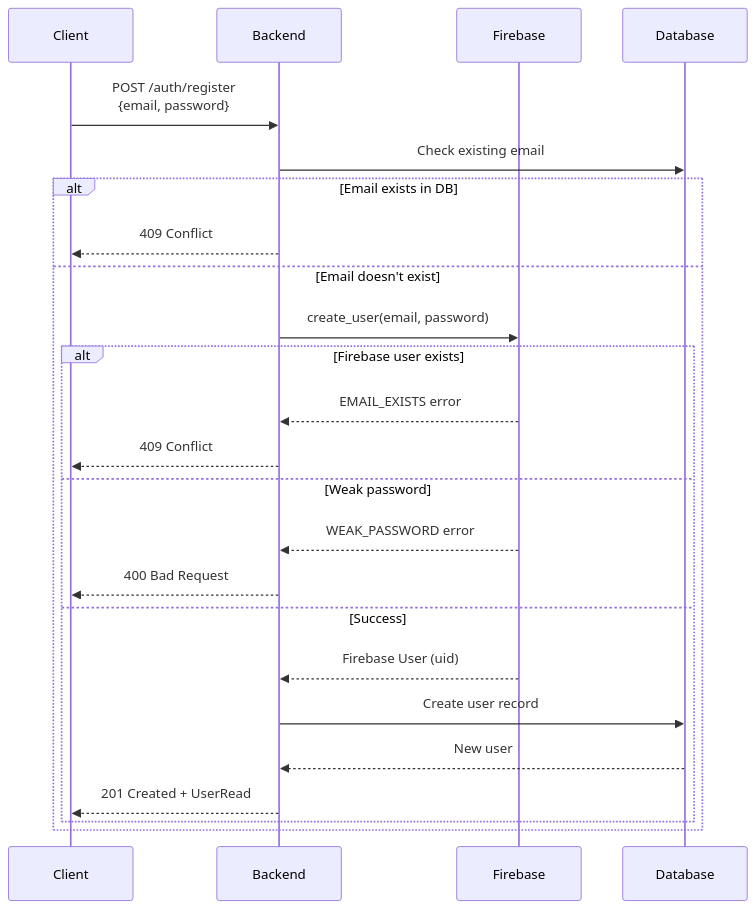
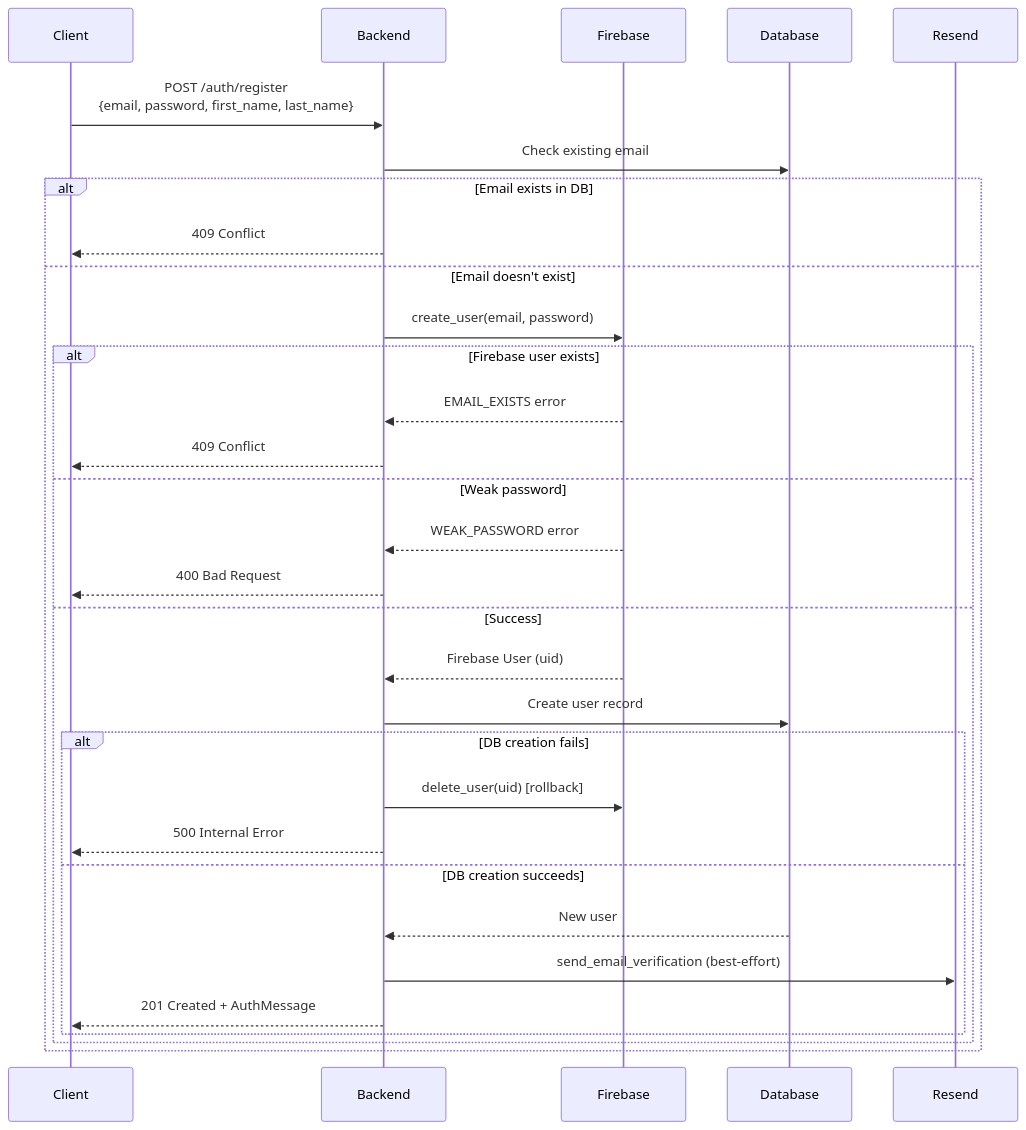
One commit to gokhantaskan/fastback changed the second of 10 diagrams in docs/auth-flow.md. Above: the diagram before and after it, drawn with Mermaid. The commit also changed other lines of this file and 1 other file, not shown here.

First line of the commit message:
chore: enhance documentation and update authentication flow

````diff
--- a/docs/auth-flow.md
+++ b/docs/auth-flow.md
@@ -40,28 +40,35 @@
 ```mermaid
 sequenceDiagram
     participant Client
     participant Backend
     participant Firebase
     participant Database
+    participant Resend
 
-    Client->>Backend: POST /auth/register<br/>{email, password}
+    Client->>Backend: POST /auth/register<br/>{email, password, first_name, last_name}
 
     Backend->>Database: Check existing email
     alt Email exists in DB
         Backend-->>Client: 409 Conflict
     else Email doesn't exist
         Backend->>Firebase: create_user(email, password)
         alt Firebase user exists
             Firebase-->>Backend: EMAIL_EXISTS error
             Backend-->>Client: 409 Conflict
         else Weak password
             Firebase-->>Backend: WEAK_PASSWORD error
             Backend-->>Client: 400 Bad Request
         else Success
             Firebase-->>Backend: Firebase User (uid)
             Backend->>Database: Create user record
-            Database-->>Backend: New user
-            Backend-->>Client: 201 Created + UserRead
+            alt DB creation fails
+                Backend->>Firebase: delete_user(uid) [rollback]
+                Backend-->>Client: 500 Internal Error
+            else DB creation succeeds
+                Database-->>Backend: New user
+                Backend->>Resend: send_email_verification (best-effort)
+                Backend-->>Client: 201 Created + AuthMessage
+            end
         end
     end
 ```
````
